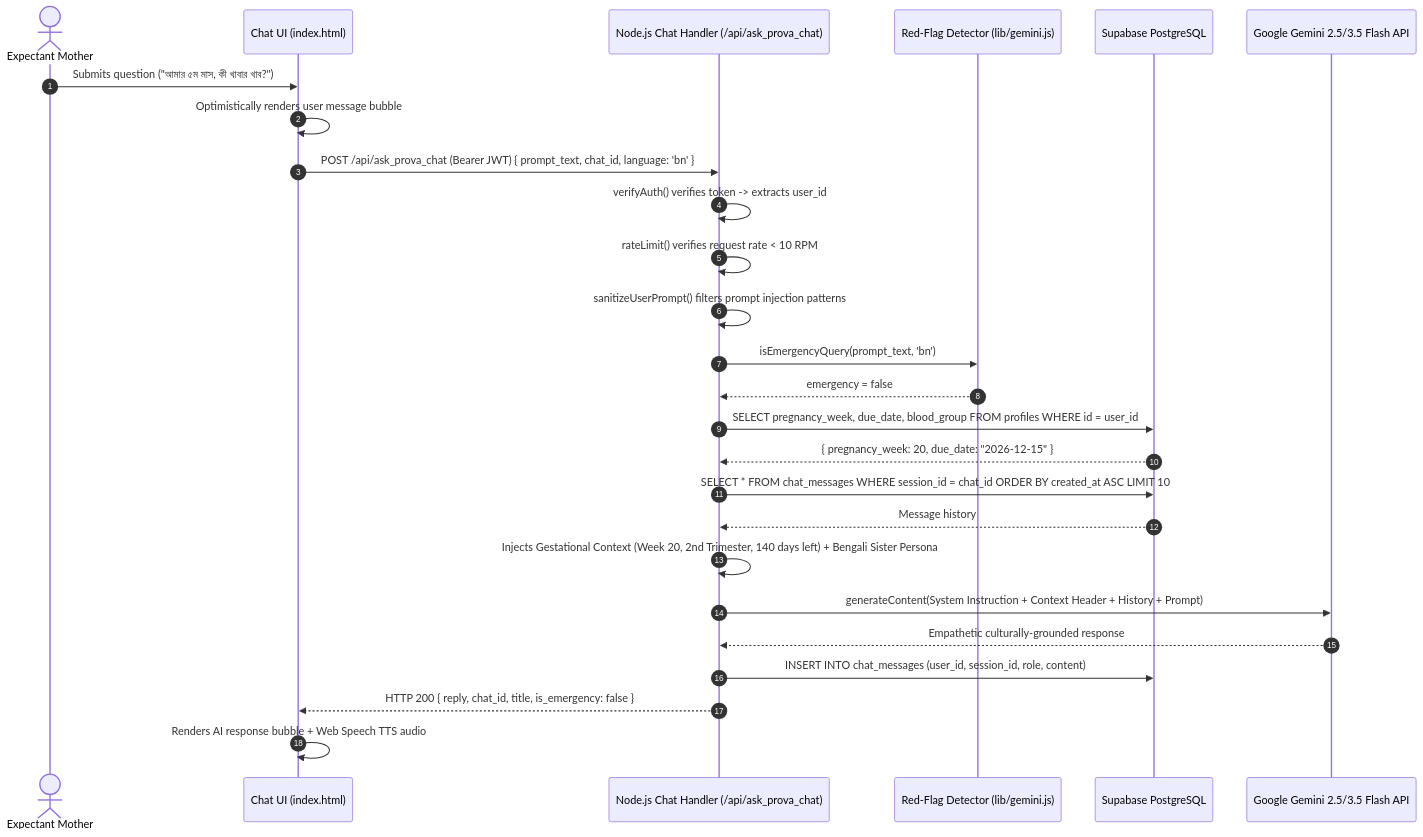
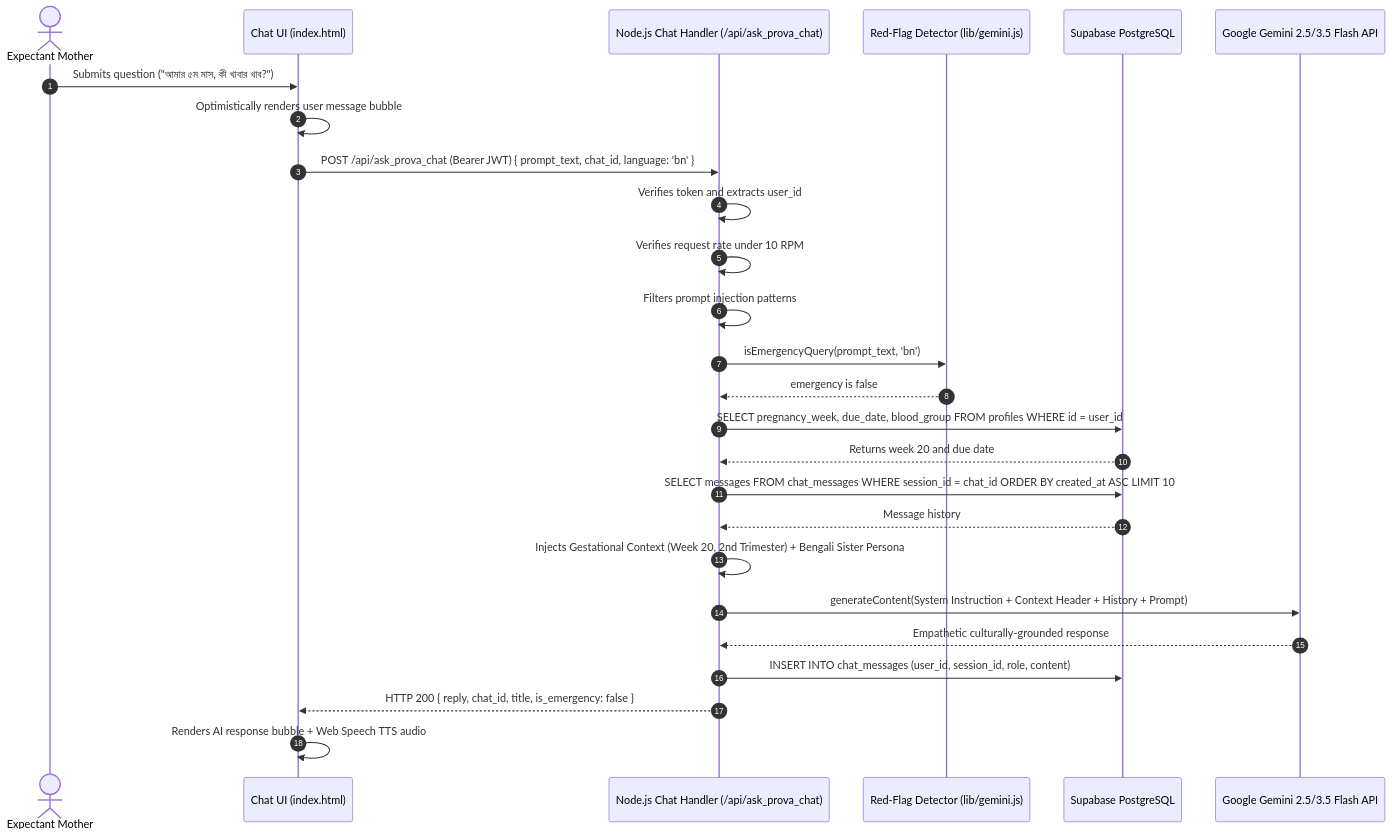
Before and after one commit to aajubairprince-bot/api-connected-: the third of 5 diagrams in Shokhi-AI-main/docs/TARGET_ARCHITECTURE.md, drawn with Mermaid. The commit also changed other lines of this file and 2 other files, not shown here.

Commit message:
Fix-Mermaid-Diagram-Syntax

````diff
--- a/Shokhi-AI-main/docs/TARGET_ARCHITECTURE.md
+++ b/Shokhi-AI-main/docs/TARGET_ARCHITECTURE.md
@@ -131,35 +130,35 @@
 ```mermaid
 sequenceDiagram
     autonumber
     actor Mother as Expectant Mother
     participant Frontend as Chat UI (index.html)
     participant ChatAPI as Node.js Chat Handler (/api/ask_prova_chat)
     participant Triage as Red-Flag Detector (lib/gemini.js)
     participant DB as Supabase PostgreSQL
     participant Gemini as Google Gemini 2.5/3.5 Flash API
 
     Mother->>Frontend: Submits question ("আমার ৫ম মাস, কী খাবার খাব?")
     Frontend->>Frontend: Optimistically renders user message bubble
     Frontend->>ChatAPI: POST /api/ask_prova_chat (Bearer JWT) { prompt_text, chat_id, language: 'bn' }
     
-    ChatAPI->>ChatAPI: verifyAuth() verifies token -> extracts user_id
-    ChatAPI->>ChatAPI: rateLimit() verifies request rate < 10 RPM
-    ChatAPI->>ChatAPI: sanitizeUserPrompt() filters prompt injection patterns
+    ChatAPI->>ChatAPI: Verifies token and extracts user_id
+    ChatAPI->>ChatAPI: Verifies request rate under 10 RPM
+    ChatAPI->>ChatAPI: Filters prompt injection patterns
     
     ChatAPI->>Triage: isEmergencyQuery(prompt_text, 'bn')
-    Triage-->>ChatAPI: emergency = false
+    Triage-->>ChatAPI: emergency is false
     
     ChatAPI->>DB: SELECT pregnancy_week, due_date, blood_group FROM profiles WHERE id = user_id
-    DB-->>ChatAPI: { pregnancy_week: 20, due_date: "2026-12-15" }
+    DB-->>ChatAPI: Returns week 20 and due date
     
-    ChatAPI->>DB: SELECT * FROM chat_messages WHERE session_id = chat_id ORDER BY created_at ASC LIMIT 10
+    ChatAPI->>DB: SELECT messages FROM chat_messages WHERE session_id = chat_id ORDER BY created_at ASC LIMIT 10
     DB-->>ChatAPI: Message history
     
-    ChatAPI->>ChatAPI: Injects Gestational Context (Week 20, 2nd Trimester, 140 days left) + Bengali Sister Persona
+    ChatAPI->>ChatAPI: Injects Gestational Context (Week 20, 2nd Trimester) + Bengali Sister Persona
     ChatAPI->>Gemini: generateContent(System Instruction + Context Header + History + Prompt)
     Gemini-->>ChatAPI: Empathetic culturally-grounded response
     
     ChatAPI->>DB: INSERT INTO chat_messages (user_id, session_id, role, content)
     ChatAPI-->>Frontend: HTTP 200 { reply, chat_id, title, is_emergency: false }
     Frontend->>Frontend: Renders AI response bubble + Web Speech TTS audio
 ```
````
